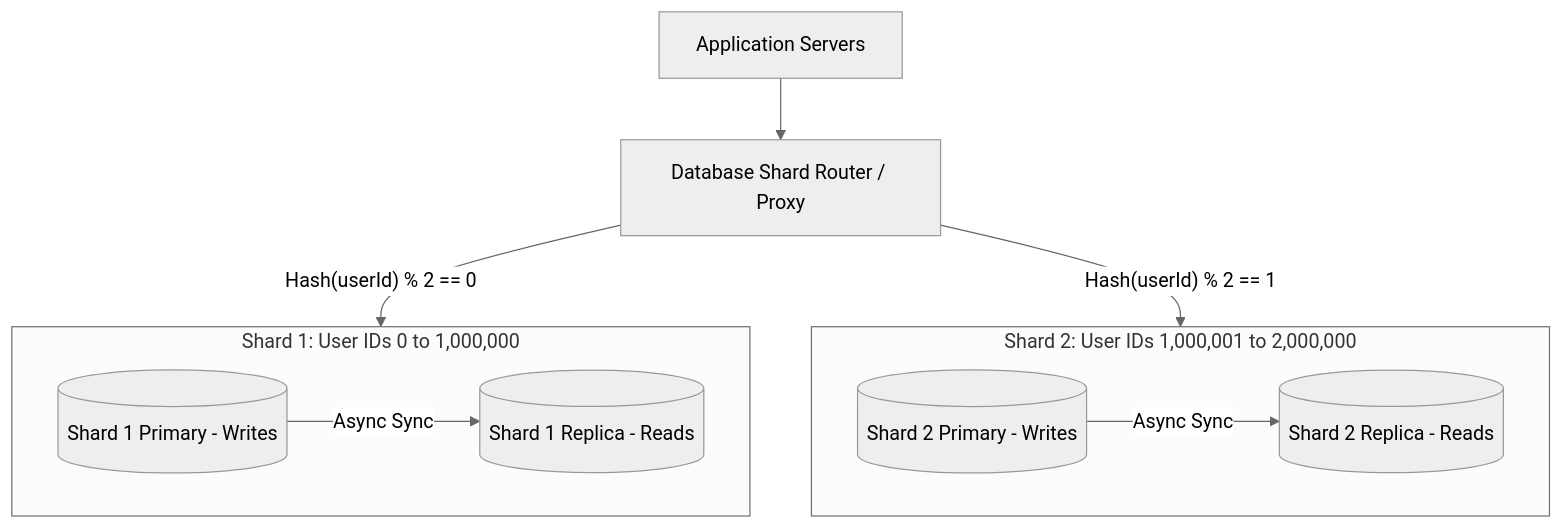
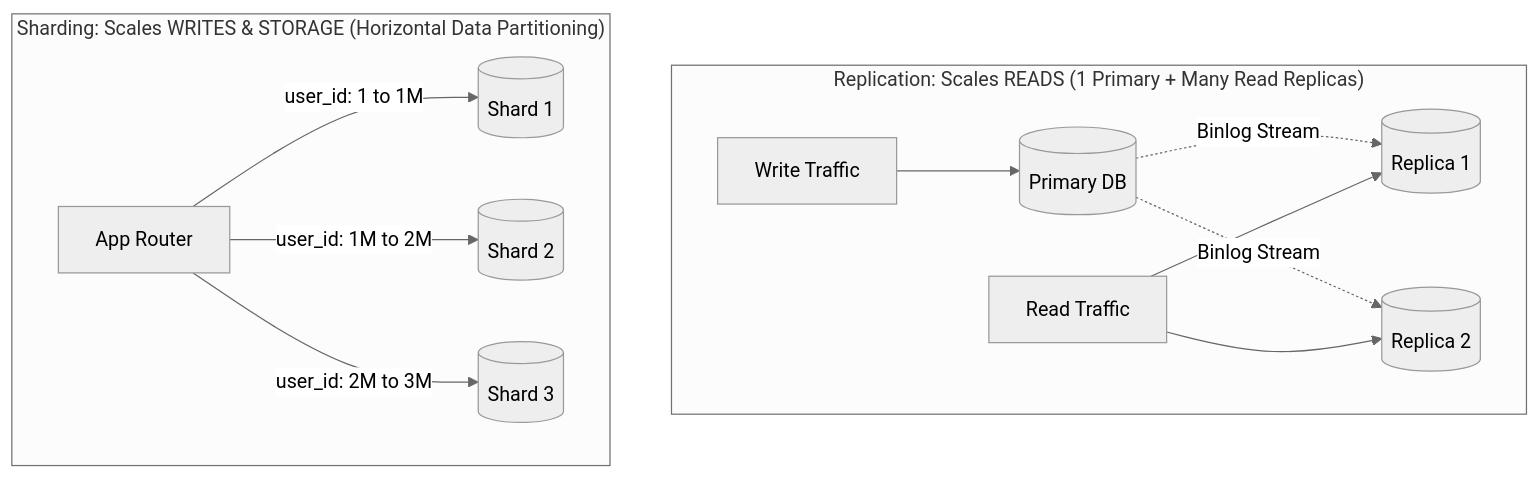
Before and after one commit to Sujalkathait/high-level-design: diagram 13 of 16 in README.md, drawn with Mermaid (neutral theme). The commit also changed other lines of this file and 25 other files, not shown here.

Commit message:
docs: streamline HLD guide with clean visual Mermaid diagrams, zero emojis & deep pros/cons

````diff
--- a/README.md
+++ b/README.md
@@ -770,19 +297,16 @@
 ```mermaid
-graph TD
-    ClientApp[Application Servers] --> Router[Database Shard Router / Proxy]
-
-    subgraph Shard1_Cluster [Shard 1: User IDs 0 to 1,000,000]
-        S1_Primary[(Shard 1 Primary - Writes)]
-        S1_Replica[(Shard 1 Replica - Reads)]
-        S1_Primary -- Async Sync --> S1_Replica
+flowchart TD
+    subgraph Replication ["Replication: Scales READS (1 Primary + Many Read Replicas)"]
+        direction LR
+        WApp[Write Traffic] --> PDB[(Primary DB)]
+        PDB -.->|Binlog Stream| RDB1[(Replica 1)]
+        PDB -.->|Binlog Stream| RDB2[(Replica 2)]
+        RApp[Read Traffic] --> RDB1 & RDB2
     end
-
-    subgraph Shard2_Cluster [Shard 2: User IDs 1,000,001 to 2,000,000]
-        S2_Primary[(Shard 2 Primary - Writes)]
-        S2_Replica[(Shard 2 Replica - Reads)]
-        S2_Primary -- Async Sync --> S2_Replica
+    subgraph Sharding ["Sharding: Scales WRITES & STORAGE (Horizontal Data Partitioning)"]
+        direction LR
+        SApp[App Router] -->|user_id: 1 to 1M| Shard1[(Shard 1)]
+        SApp -->|user_id: 1M to 2M| Shard2[(Shard 2)]
+        SApp -->|user_id: 2M to 3M| Shard3[(Shard 3)]
     end
-
-    Router -- "Hash(userId) % 2 == 0" --> Shard1_Cluster
-    Router -- "Hash(userId) % 2 == 1" --> Shard2_Cluster
 ```
````
